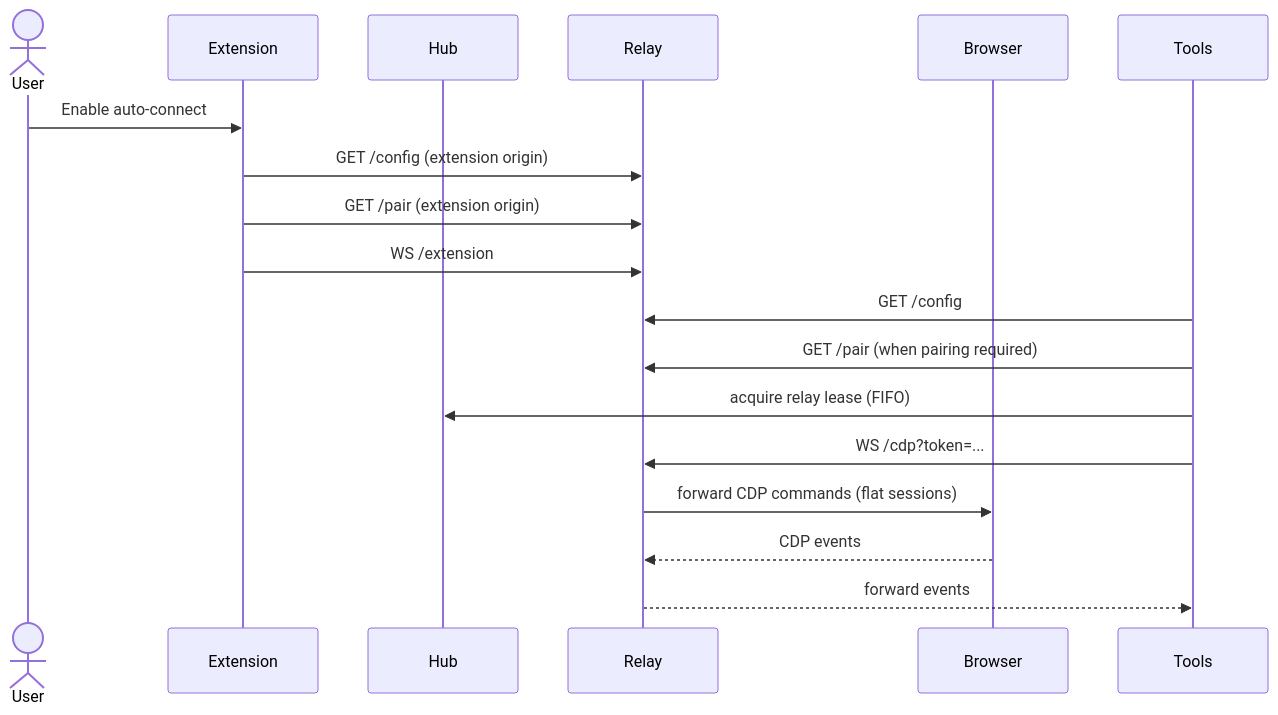
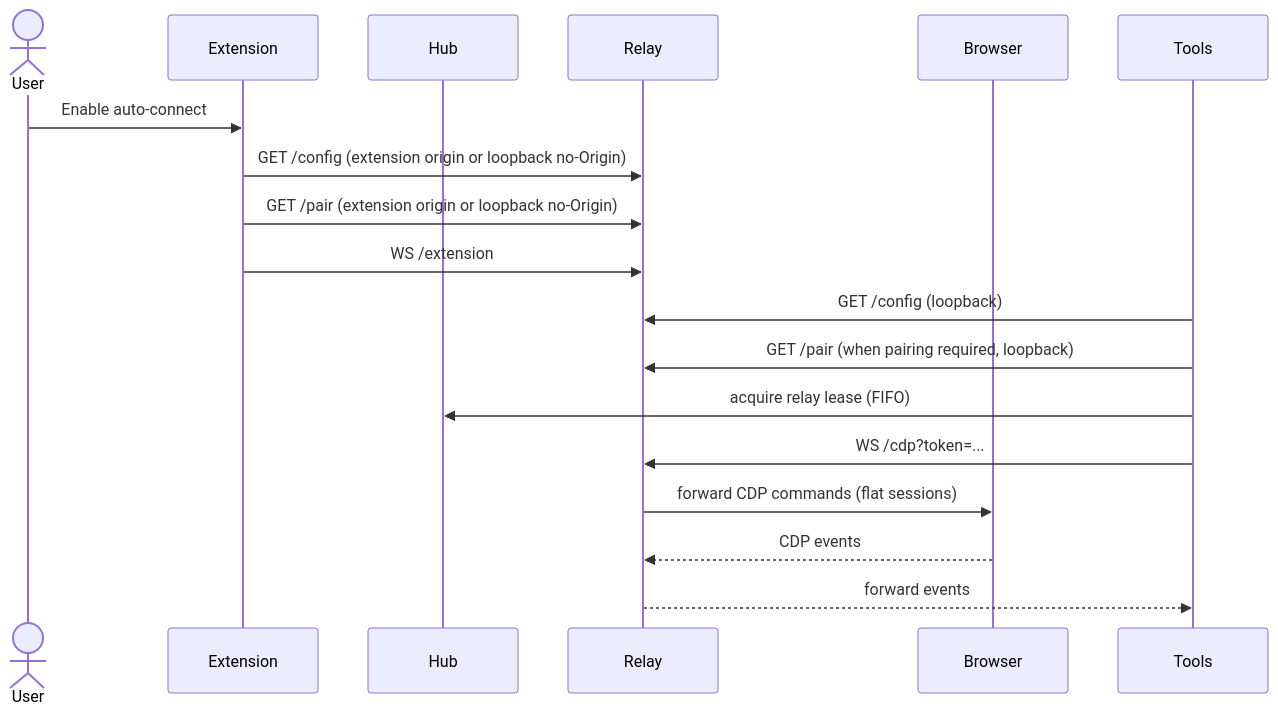
One commit to freshtechbro/opendevbrowser changed the third of 3 diagrams in docs/ARCHITECTURE.md. Above: the diagram before and after it, drawn with Mermaid. The commit also changed other lines of this file and 48 other files, not shown here.

First line of the commit message:
feat: harden relay, extension, and daemon flows

````diff
--- a/docs/ARCHITECTURE.md
+++ b/docs/ARCHITECTURE.md
@@ -93,21 +93,21 @@
 ```mermaid
 sequenceDiagram
   actor User
   participant Extension
   participant Hub
   participant Relay
   participant Browser
   participant Tools
 
   User->>Extension: Enable auto-connect
-  Extension->>Relay: GET /config (extension origin)
-  Extension->>Relay: GET /pair (extension origin)
+  Extension->>Relay: GET /config (extension origin or loopback no-Origin)
+  Extension->>Relay: GET /pair (extension origin or loopback no-Origin)
   Extension->>Relay: WS /extension
-  Tools->>Relay: GET /config
-  Tools->>Relay: GET /pair (when pairing required)
+  Tools->>Relay: GET /config (loopback)
+  Tools->>Relay: GET /pair (when pairing required, loopback)
   Tools->>Hub: acquire relay lease (FIFO)
   Tools->>Relay: WS /cdp?token=...
   Relay->>Browser: forward CDP commands (flat sessions)
   Browser-->>Relay: CDP events
   Relay-->>Tools: forward events
 ```
````
